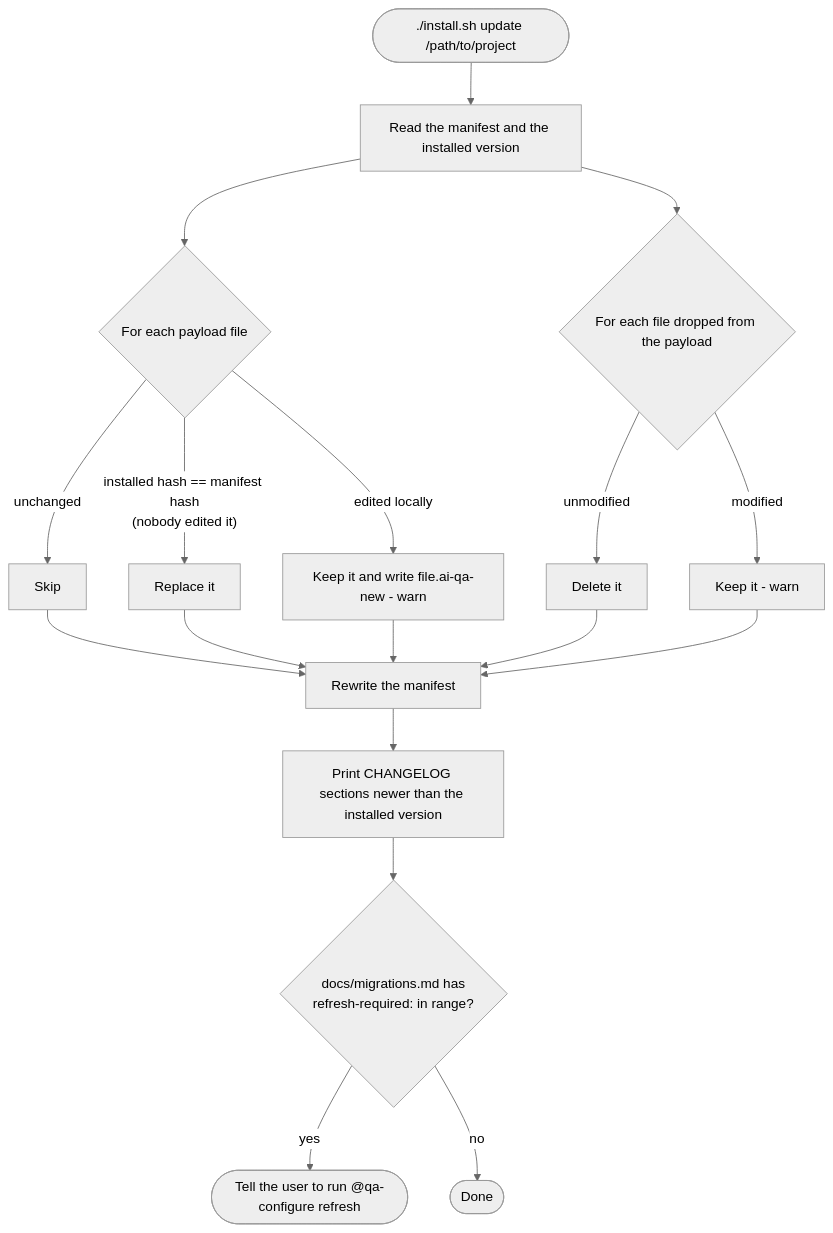
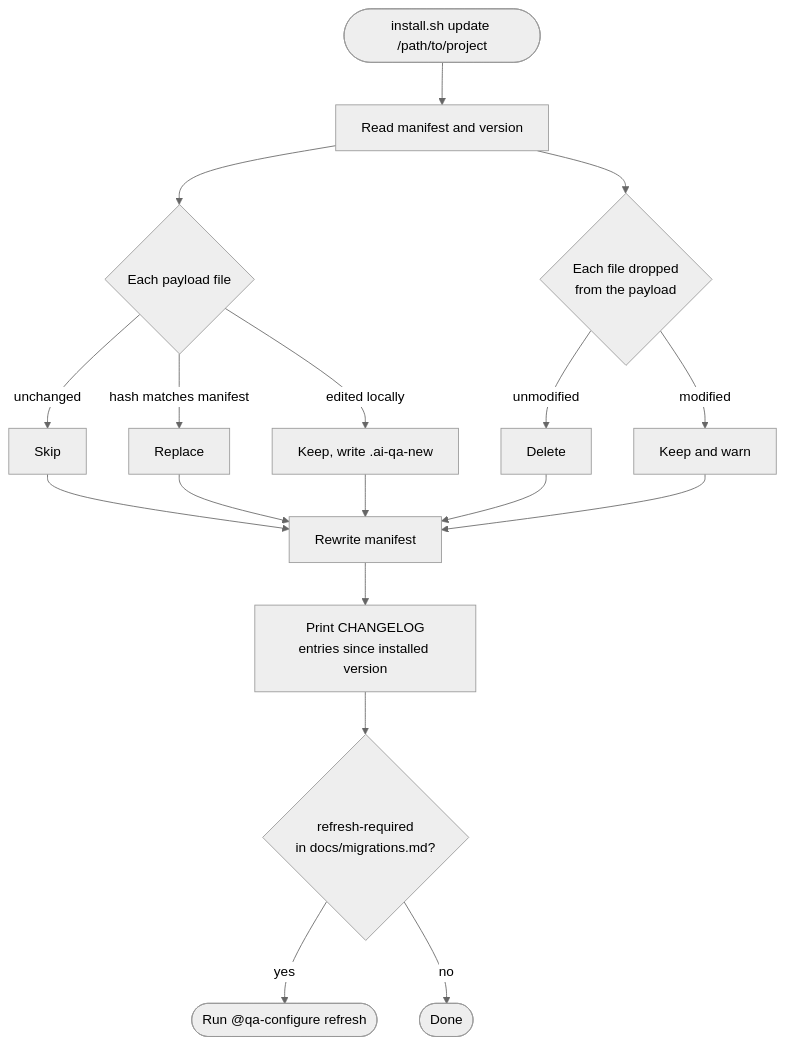
One commit to bmad-kainos/ai-qa changed the second of 4 diagrams in docs/flows/01-install.md. Above: the diagram before and after it, drawn with Mermaid (neutral theme). The commit also changed other lines of this file and 3 other files, not shown here.

Commit message:
docs: fix install flow chart and split flow diagrams for readability

````diff
--- a/docs/flows/01-install.md
+++ b/docs/flows/01-install.md
@@ -27,16 +28,21 @@
 ```mermaid
 flowchart TD
-  A([./install.sh update /path/to/project]) --> B[Read the manifest and the installed version]
-  B --> C{For each payload file}
-  C -- unchanged --> C1[Skip]
-  C -- "installed hash == manifest hash<br/>(nobody edited it)" --> C2[Replace it]
-  C -- edited locally --> C3[Keep it and write file.ai-qa-new - warn]
-  B --> D{For each file dropped from the payload}
-  D -- unmodified --> D1[Delete it]
-  D -- modified --> D2[Keep it - warn]
-  C1 & C2 & C3 & D1 & D2 --> E[Rewrite the manifest]
-  E --> F[Print CHANGELOG sections newer than the installed version]
-  F --> G{docs/migrations.md has<br/>refresh-required: in range?}
-  G -- yes --> H([Tell the user to run @qa-configure refresh])
-  G -- no --> I([Done])
+  A(["install.sh update /path/to/project"])
+  A --> B["Read manifest and version"]
+  B --> C{"Each payload file"}
+  C -->|unchanged| C1["Skip"]
+  C -->|"hash matches manifest"| C2["Replace"]
+  C -->|"edited locally"| C3["Keep, write .ai-qa-new"]
+  B --> D{"Each file dropped<br/>from the payload"}
+  D -->|unmodified| D1["Delete"]
+  D -->|modified| D2["Keep and warn"]
+  C1 --> E["Rewrite manifest"]
+  C2 --> E
+  C3 --> E
+  D1 --> E
+  D2 --> E
+  E --> F["Print CHANGELOG<br/>entries since installed version"]
+  F --> G{"refresh-required<br/>in docs/migrations.md?"}
+  G -->|yes| H(["Run @qa-configure refresh"])
+  G -->|no| I(["Done"])
 ```
````
